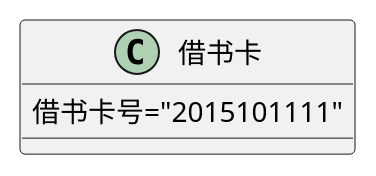
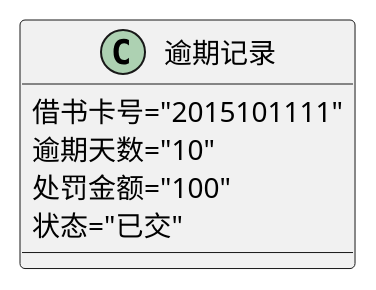
The seventh of 8 diagrams in test3/README.md (yuhang456/is_analysis), drawn with PlantUML before and after one commit. The commit also changed other lines of this file and 18 other files, not shown here.

```diff
--- a/test3/README.md
+++ b/test3/README.md
@@ -162,5 +170,8 @@
     @startuml
-    Class 借书卡{
+    Class 逾期记录{
     借书卡号="2015101111"
+    逾期天数="10"
+    处罚金额="100"
+    状态="已交"
     }
     @enduml
```
